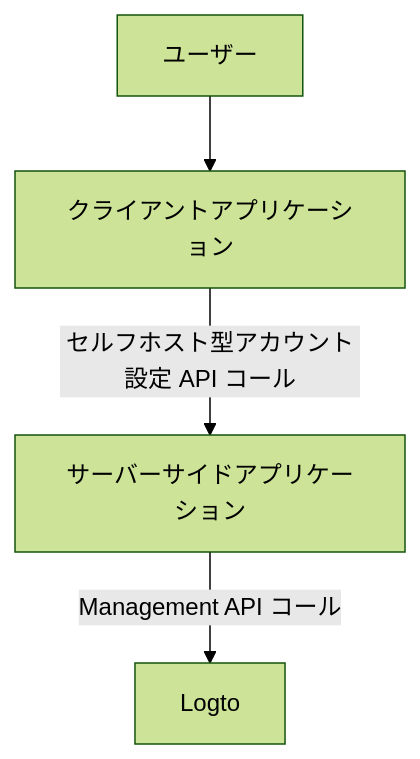
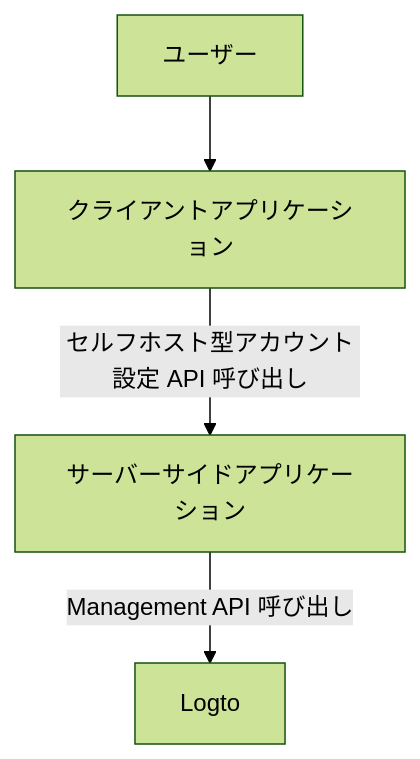
One commit to logto-io/docs changed the first of 3 diagrams in i18n/ja/docusaurus-plugin-content-docs/current/end-user-flows/account-settings/by-management-api.mdx. Above: the diagram before and after it, drawn with Mermaid (forest theme). The commit also changed other lines of this file and 102 other files, not shown here.

````diff
--- a/i18n/ja/docusaurus-plugin-content-docs/current/end-user-flows/account-settings/by-management-api.mdx
+++ b/i18n/ja/docusaurus-plugin-content-docs/current/end-user-flows/account-settings/by-management-api.mdx
@@ -13,6 +13,6 @@
 ```mermaid
   graph TB
     A[ユーザー] --> B[クライアントアプリケーション]
-    B -->|セルフホスト型アカウント設定 API コール|C[サーバーサイドアプリケーション]
-    C -->|Management API コール| D[Logto]
+    B -->|セルフホスト型アカウント設定 API 呼び出し|C[サーバーサイドアプリケーション]
+    C -->|Management API 呼び出し| D[Logto]
 ```
````
